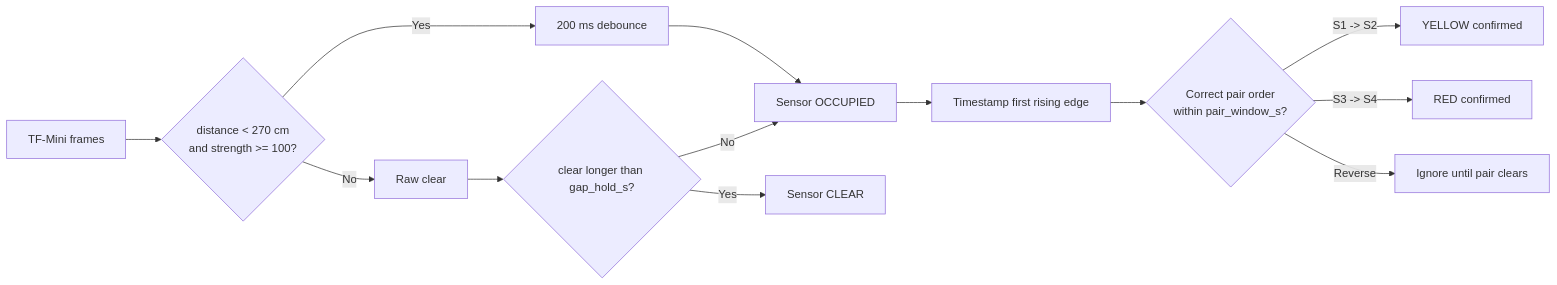
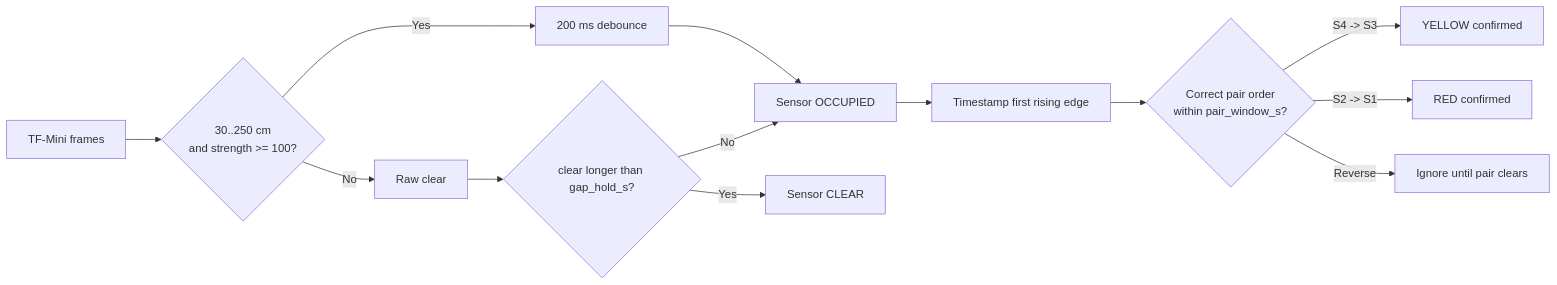
One commit to pongsatorntem/AutoEcar changed the first of 2 diagrams in docs/LOGIC.md. Above: the diagram before and after it, drawn with Mermaid. The commit also changed other lines of this file and 16 other files, not shown here.

````diff
--- a/docs/LOGIC.md
+++ b/docs/LOGIC.md
@@ -25,15 +27,15 @@
 ```mermaid
 flowchart LR
-    A[TF-Mini frames] --> B{distance < 270 cm\nand strength >= 100?}
+    A[TF-Mini frames] --> B{30..250 cm\nand strength >= 100?}
     B -- No --> C[Raw clear]
     B -- Yes --> D[200 ms debounce]
     D --> E[Sensor OCCUPIED]
     C --> F{clear longer than gap_hold_s?}
     F -- No --> E
     F -- Yes --> G[Sensor CLEAR]
     E --> H[Timestamp first rising edge]
     H --> I{Correct pair order\nwithin pair_window_s?}
-    I -- S1 -> S2 --> J[YELLOW confirmed]
-    I -- S3 -> S4 --> K[RED confirmed]
+    I -- S4 -> S3 --> J[YELLOW confirmed]
+    I -- S2 -> S1 --> K[RED confirmed]
     I -- Reverse --> L[Ignore until pair clears]
 ```
````
